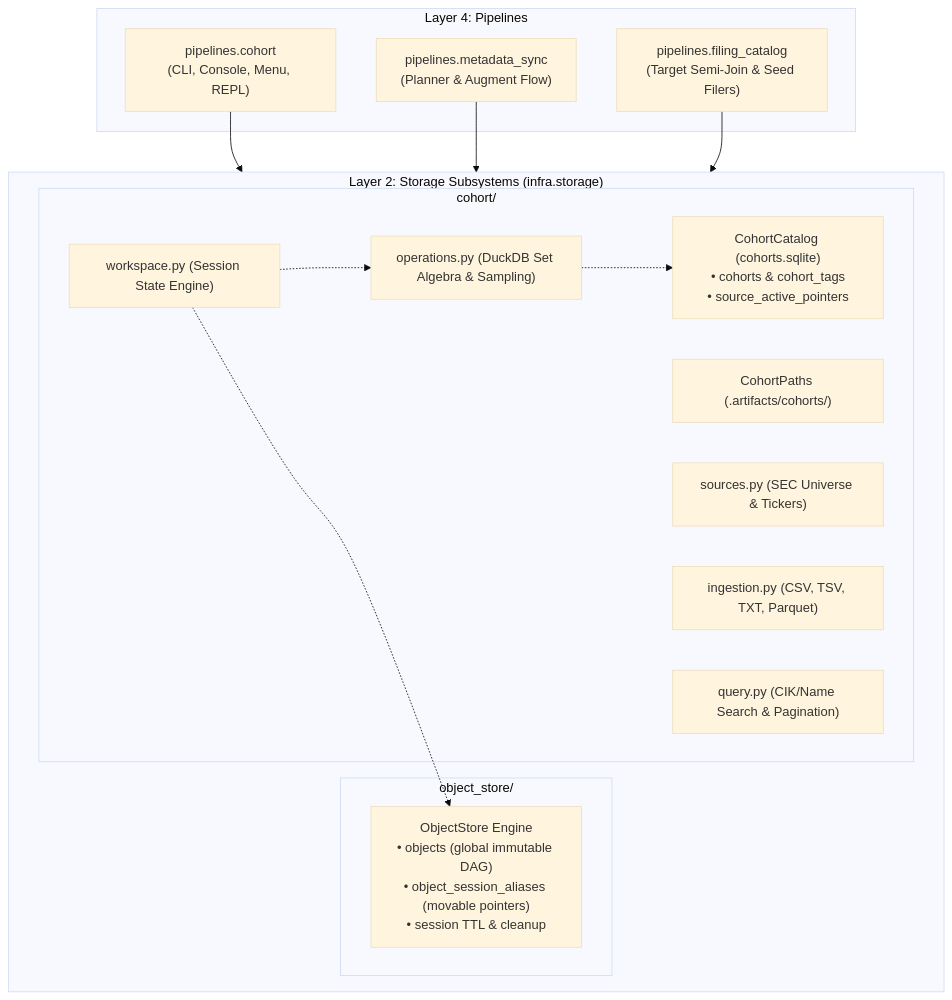
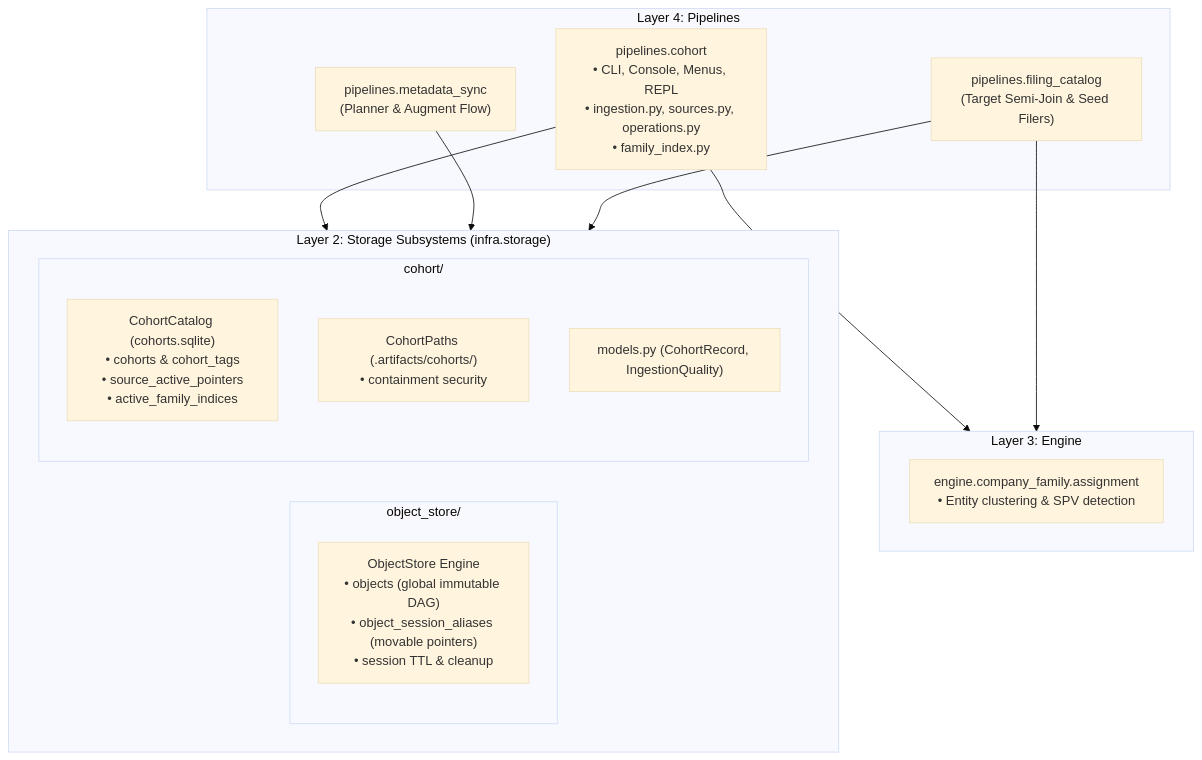
The diagram in roadmap/cohort/spec.md (DerivedFunction01/edgar-sec), drawn with Mermaid (base theme) before and after one commit. The commit also changed other lines of this file and 78 other files, not shown here.

Commit message:
refactor: refactor cohort and metadata sync pipelines to use family index and updated options

````diff
--- a/roadmap/cohort/spec.md
+++ b/roadmap/cohort/spec.md
@@ -20,30 +20,29 @@
 ```mermaid
 flowchart TD
     subgraph Layer2["Layer 2: Storage Subsystems (infra.storage)"]
         subgraph ObjStorePkg["object_store/"]
             ObjStore["ObjectStore Engine\n• objects (global immutable DAG)\n• object_session_aliases (movable pointers)\n• session TTL & cleanup"]
         end
         subgraph CohortStorePkg["cohort/"]
-            Catalog["CohortCatalog (cohorts.sqlite)\n• cohorts & cohort_tags\n• source_active_pointers"]
-            Paths["CohortPaths (.artifacts/cohorts/)"]
-            Sources["sources.py (SEC Universe & Tickers)"]
-            Ingest["ingestion.py (CSV, TSV, TXT, Parquet)"]
-            Ops["operations.py (DuckDB Set Algebra & Sampling)"]
-            Query["query.py (CIK/Name Search & Pagination)"]
-            Work["workspace.py (Session State Engine)"]
+            Catalog["CohortCatalog (cohorts.sqlite)\n• cohorts & cohort_tags\n• source_active_pointers\n• active_family_indices"]
+            Paths["CohortPaths (.artifacts/cohorts/)\n• containment security"]
+            Models["models.py (CohortRecord, IngestionQuality)"]
         end
     end
 
+    subgraph Layer3["Layer 3: Engine"]
+        CompanyFamily["engine.company_family.assignment\n• Entity clustering & SPV detection"]
+    end
+
     subgraph Layer4["Layer 4: Pipelines"]
-        CohortCLI["pipelines.cohort\n(CLI, Console, Menu, REPL)"]
+        CohortPipeline["pipelines.cohort\n• CLI, Console, Menus, REPL\n• ingestion.py, sources.py, operations.py\n• family_index.py"]
         MetaSync["pipelines.metadata_sync\n(Planner & Augment Flow)"]
         FilingCat["pipelines.filing_catalog\n(Target Semi-Join & Seed Filers)"]
     end
 
-    CohortCLI --> Layer2
+    CohortPipeline --> Layer2
+    CohortPipeline --> Layer3
     MetaSync --> Layer2
     FilingCat --> Layer2
-    Work -.-> ObjStore
-    Work -.-> Ops
-    Ops -.-> Catalog
+    FilingCat --> Layer3
 ```
````
